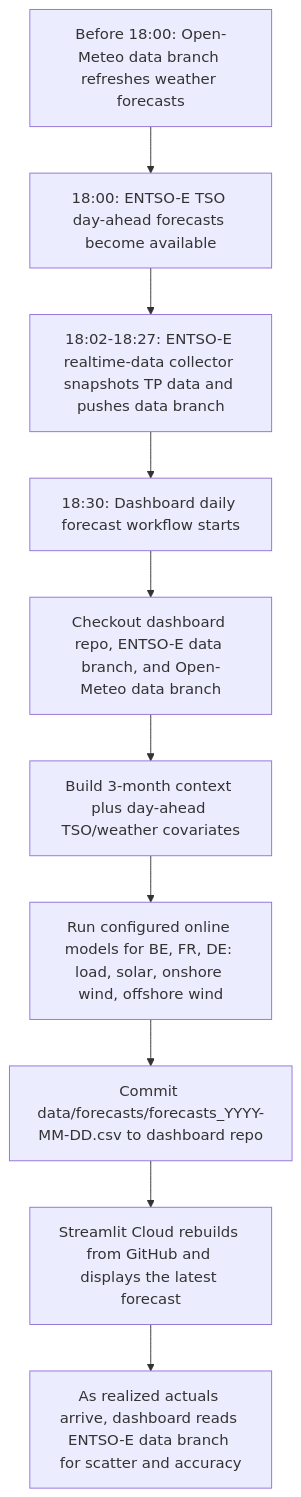
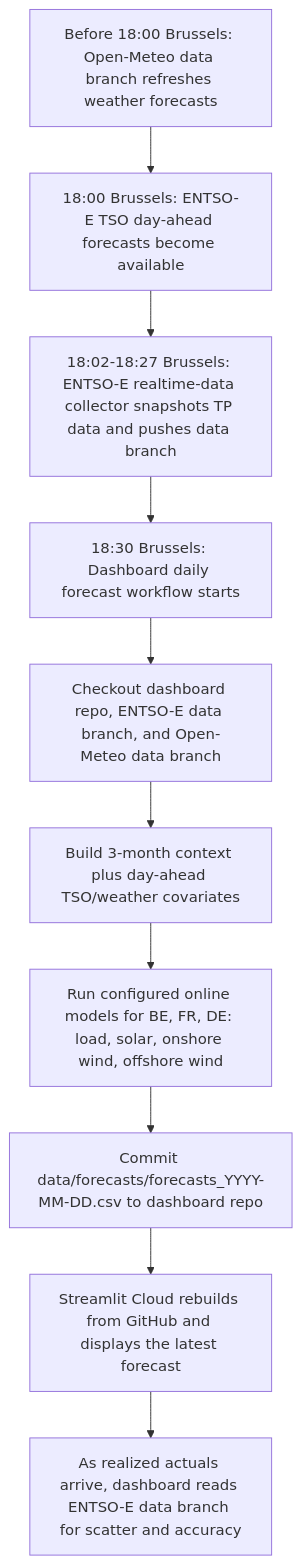
One commit to XiaoyuJIN97/tp-plus-plus-real-time-forecasting-dashboard changed the diagram in README.md. Above: the diagram before and after it, drawn with Mermaid. The commit also changed other lines of this file and 8 other files, not shown here.

Commit message:
Use Brussels time for daily forecast cutoff

````diff
--- a/README.md
+++ b/README.md
@@ -100,12 +100,12 @@
 ```mermaid
 flowchart TD
-  A["Before 18:00: Open-Meteo data branch refreshes weather forecasts"] --> B["18:00: ENTSO-E TSO day-ahead forecasts become available"]
-  B --> C["18:02-18:27: ENTSO-E realtime-data collector snapshots TP data and pushes data branch"]
-  C --> D["18:30: Dashboard daily forecast workflow starts"]
+  A["Before 18:00 Brussels: Open-Meteo data branch refreshes weather forecasts"] --> B["18:00 Brussels: ENTSO-E TSO day-ahead forecasts become available"]
+  B --> C["18:02-18:27 Brussels: ENTSO-E realtime-data collector snapshots TP data and pushes data branch"]
+  C --> D["18:30 Brussels: Dashboard daily forecast workflow starts"]
   D --> E["Checkout dashboard repo, ENTSO-E data branch, and Open-Meteo data branch"]
   E --> G["Build 3-month context plus day-ahead TSO/weather covariates"]
   G --> H["Run configured online models for BE, FR, DE: load, solar, onshore wind, offshore wind"]
   H --> I["Commit data/forecasts/forecasts_YYYY-MM-DD.csv to dashboard repo"]
   I --> J["Streamlit Cloud rebuilds from GitHub and displays the latest forecast"]
   J --> K["As realized actuals arrive, dashboard reads ENTSO-E data branch for scatter and accuracy"]
 ```
````
